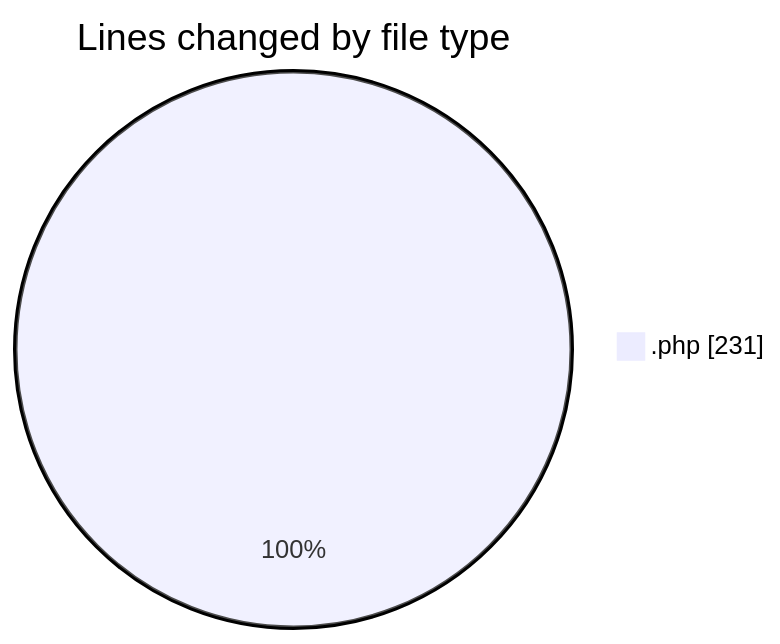
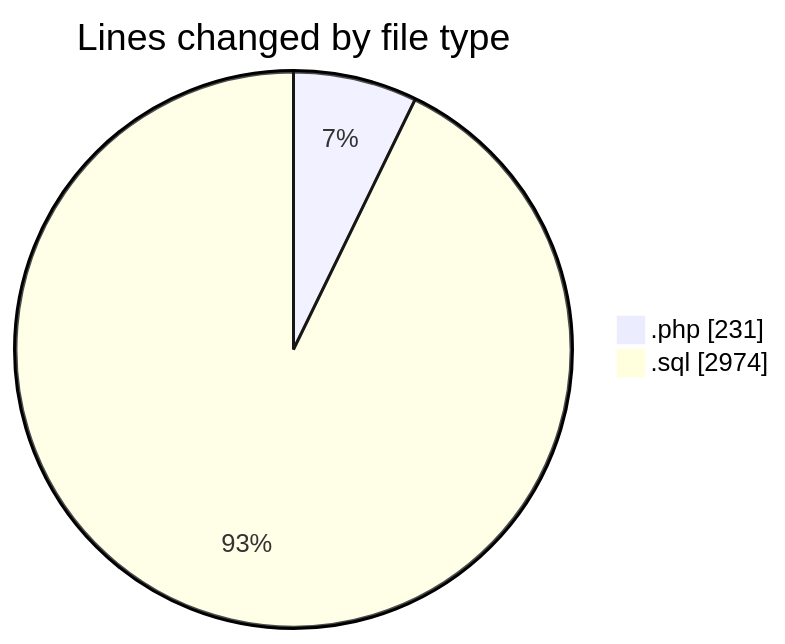
The first of 2 diagrams in 2026-02-06/enviar_facturas/README.md (LanceThiago/code-tracking), drawn with Mermaid before and after one commit. The commit also changed other lines of this file and 1 other file, not shown here.

````diff
--- a/2026-02-06/enviar_facturas/README.md
+++ b/2026-02-06/enviar_facturas/README.md
@@ -20,5 +21,6 @@
 ```mermaid
 pie showData
 title Lines changed by file type
 ".php" : 231
+".sql" : 2974
 ```
````
